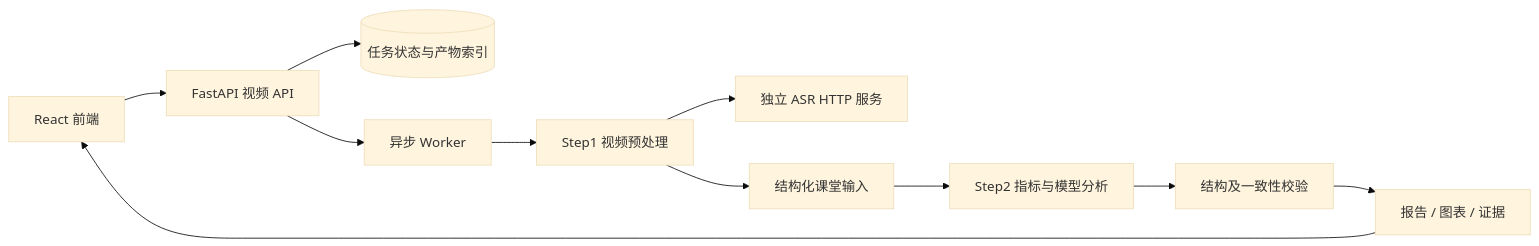
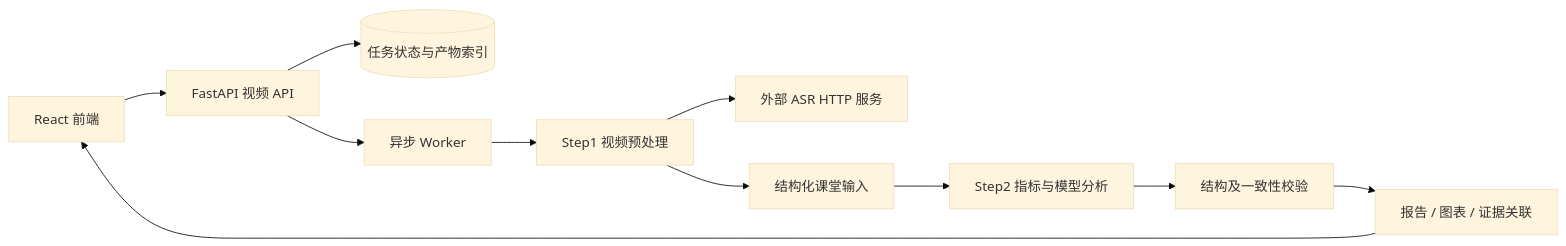
Before and after one commit to TaoW265/classroom-video-insights: the first of 2 diagrams in docs/architecture.md, drawn with Mermaid (base theme). The commit also changed other lines of this file and 35 other files, not shown here.

```diff
--- a/docs/architecture.md
+++ b/docs/architecture.md
@@ -4,13 +7,13 @@
 ~~~mermaid
 flowchart LR
     U[React 前端] --> A[FastAPI 视频 API]
     A --> D[(任务状态与产物索引)]
     A --> W[异步 Worker]
     W --> P[Step1 视频预处理]
-    P --> S[独立 ASR HTTP 服务]
+    P --> S[外部 ASR HTTP 服务]
     P --> I[结构化课堂输入]
     I --> M[Step2 指标与模型分析]
     M --> V[结构及一致性校验]
-    V --> R[报告 / 图表 / 证据]
+    V --> R[报告 / 图表 / 证据关联]
     R --> U
 ~~~
```
